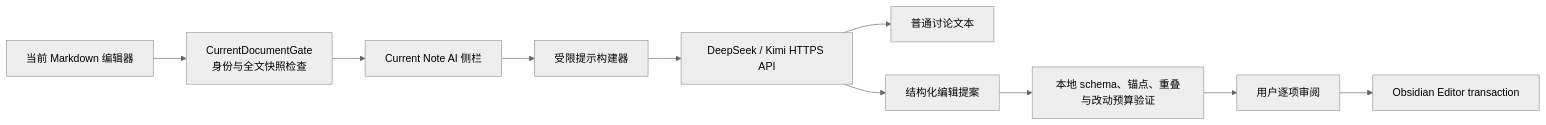
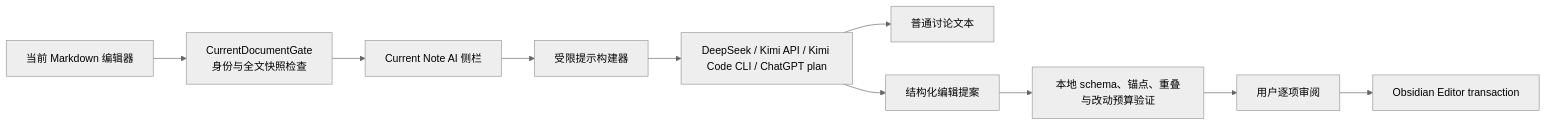
The diagram in README.md (GavinKalvin/Current_Note_AI_plugin), drawn with Mermaid (neutral theme) before and after one commit. The commit also changed other lines of this file and 42 other files, not shown here.

````diff
--- a/README.md
+++ b/README.md
@@ -79,12 +123,12 @@
 ```mermaid
 flowchart LR
   Editor["当前 Markdown 编辑器"] --> Gate["CurrentDocumentGate\n身份与全文快照检查"]
   Gate --> Sidebar["Current Note AI 侧栏"]
   Sidebar --> Prompt["受限提示构建器"]
-  Prompt --> Providers["DeepSeek / Kimi HTTPS API"]
+  Prompt --> Providers["DeepSeek / Kimi API / Kimi Code CLI / ChatGPT plan"]
   Providers --> Discussion["普通讨论文本"]
   Providers --> Proposal["结构化编辑提案"]
   Proposal --> Validator["本地 schema、锚点、重叠与改动预算验证"]
   Validator --> Review["用户逐项审阅"]
   Review --> Transaction["Obsidian Editor transaction"]
 ```
````
